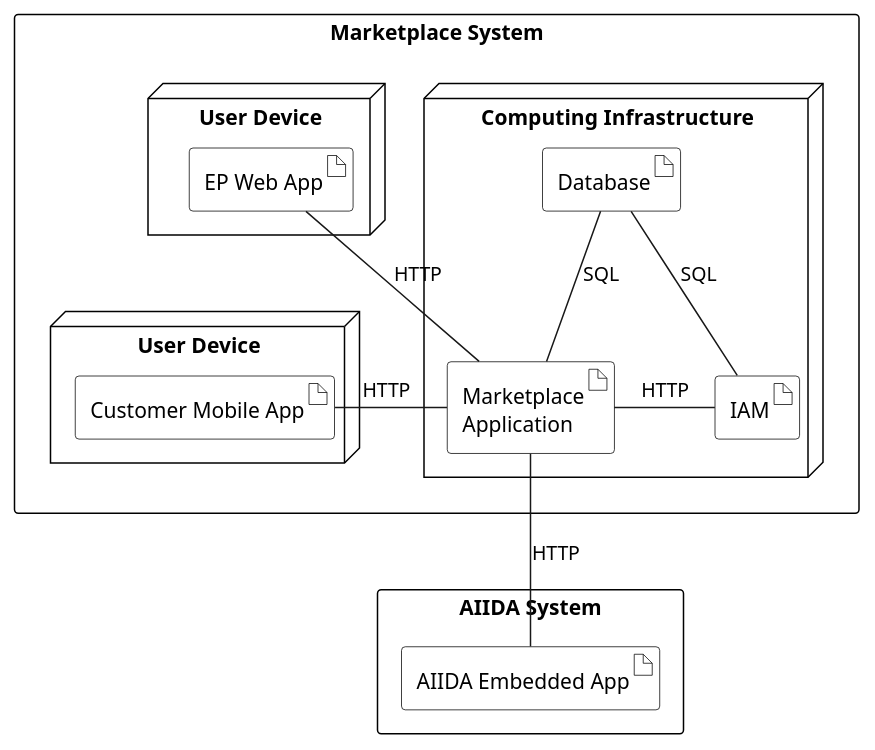
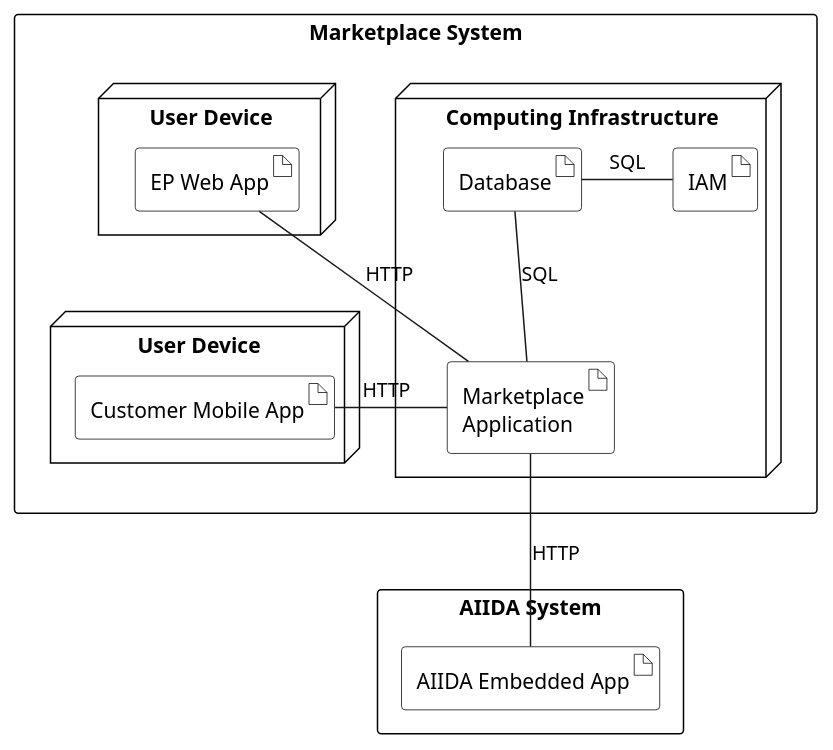
One commit to eddie-energy/architecture changed the diagram in arc42/marketplace/deployment-view/figures/deployment-diagram-option-1.puml. Above: the diagram before and after it, drawn with PlantUML. The commit also changed 2 other files, not shown here.

Commit message:
Work towards #82: Deployment View; Explained arrow IAM and DB. Removed arrow Marketplace and IAM.

```diff
--- a/arc42/marketplace/deployment-view/figures/deployment-diagram-option-1.puml
+++ b/arc42/marketplace/deployment-view/figures/deployment-diagram-option-1.puml
@@ -1,48 +1,47 @@
 @startuml deployment-diagram-marketplace
 
 ' skinparam linetype ortho
 skinparam artifact{
   BorderColor black
   BackgroundColor transparent
 }
 skinparam rectangle{
   BorderColor black
   BackgroundColor transparent
 }
 skinparam node{
   BorderColor black
   BackgroundColor transparent
 }
 
 rectangle "Marketplace System" {
   node "Computing Infrastructure" as local {    
     artifact "Marketplace\nApplication" as marketplace
     artifact "Database" as database
     artifact "IAM" as iam
 
     database -down- marketplace : SQL
-    marketplace -right- iam : HTTP
     database -right- iam : SQL
   }
 node "User Device" as cust {
     artifact "Customer Mobile App" as customer
 }
 node "User Device" as elpa {
     artifact "EP Web App" as ep
 }
 ep -down[hidden]- customer
 }
 
 rectangle "AIIDA System" {
   artifact "AIIDA Embedded App" as aiida
 }
 
 
 ep -right- marketplace : HTTP
 customer -right- marketplace : "HTTP  "
 
 marketplace -down- aiida : HTTP
 
 
   
 @enduml
```
